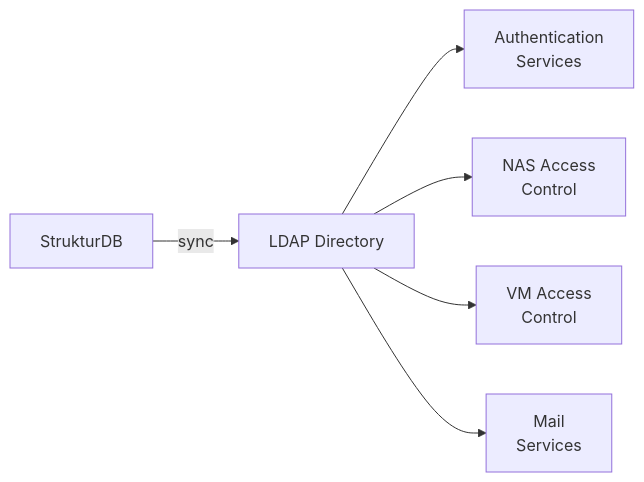
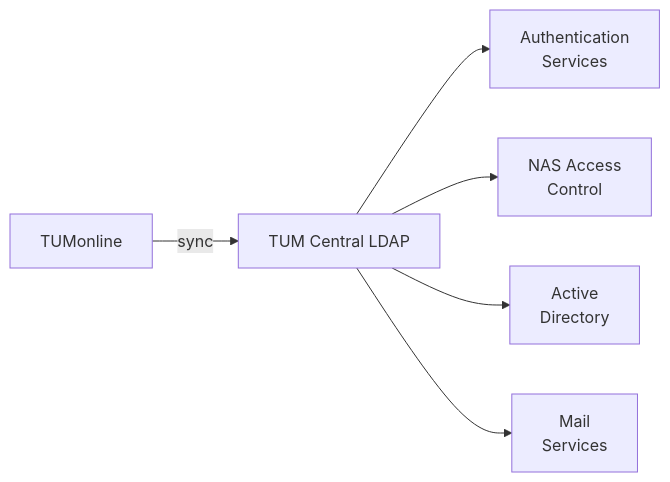
Before and after one commit to jtimo/tum-ito-admin-guide: the third of 6 diagrams in en/chapters/03-user-management.qmd, drawn with Mermaid. The commit also changed other lines of this file and 21 other files, not shown here.

````diff
--- a/en/chapters/03-user-management.qmd
+++ b/en/chapters/03-user-management.qmd
@@ -100,10 +91,10 @@
 ```{mermaid}
 %%| fig-cap: "LDAP Integration Flow"
 flowchart LR
-    SDB["StrukturDB"]
-    SDB --> |sync| LDAP["LDAP Directory"]
+    TUMo["TUMonline"]
+    TUMo --> |sync| LDAP["TUM Central LDAP"]
     LDAP --> Auth["Authentication<br/>Services"]
     LDAP --> NAS["NAS Access<br/>Control"]
-    LDAP --> VM["VM Access<br/>Control"]
+    LDAP --> AD["Active<br/>Directory"]
     LDAP --> Mail["Mail<br/>Services"]
 ```
````
